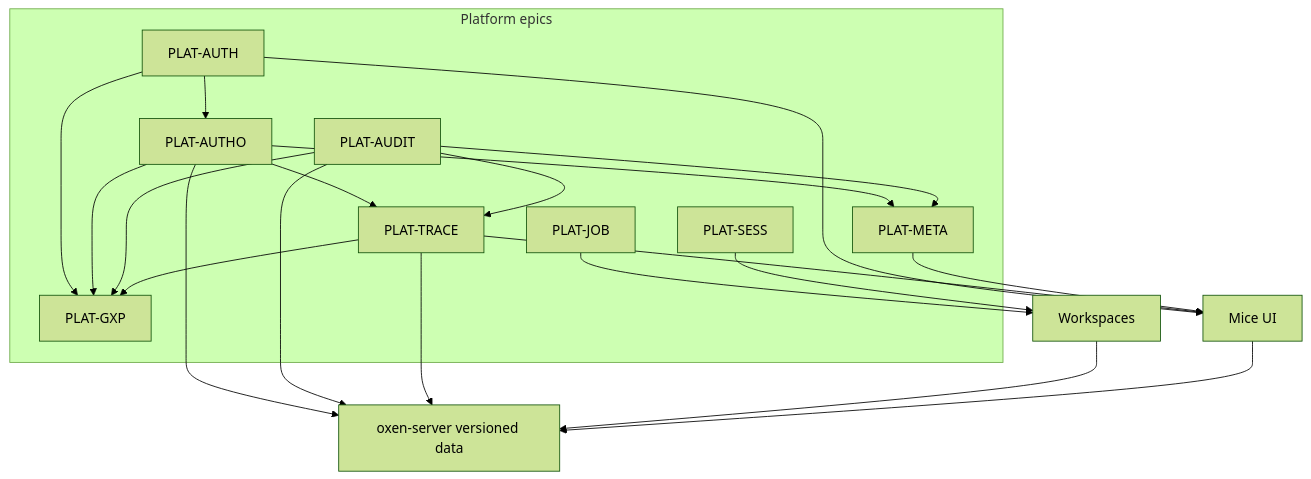
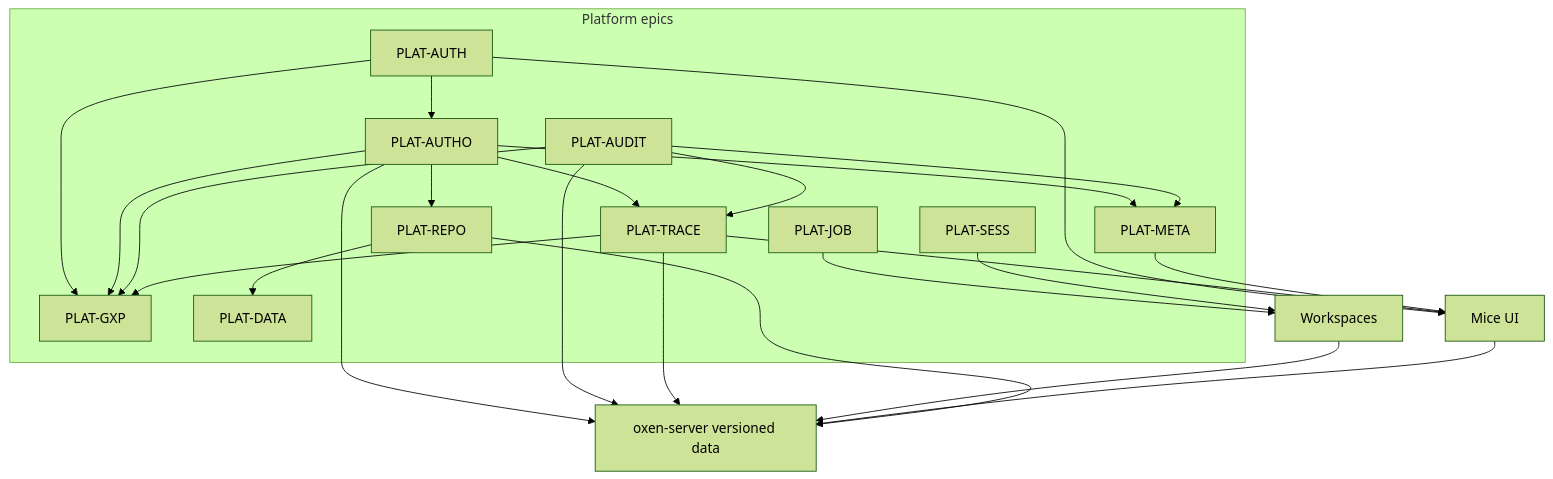
One commit to gnkow/mice changed the diagram in plans/EPICS.md. Above: the diagram before and after it, drawn with Mermaid (forest theme). The commit also changed other lines of this file and 22 other files, not shown here.

````diff
--- a/plans/EPICS.md
+++ b/plans/EPICS.md
@@ -39,35 +47,40 @@
 ```mermaid
 flowchart TB
   subgraph epics [Platform epics]
     IdP[PLAT-AUTH]
     AuthZ[PLAT-AUTHO]
     Audit[PLAT-AUDIT]
     Trace[PLAT-TRACE]
     Gxp[PLAT-GXP]
     Jobs[PLAT-JOB]
     Sess[PLAT-SESS]
     Meta[PLAT-META]
+    Repo[PLAT-REPO]
+    Data[PLAT-DATA]
   end
   Oxen[oxen-server versioned data]
   WS[Workspaces]
   Mice[Mice UI]
   IdP --> AuthZ
   IdP --> Mice
   AuthZ --> Oxen
   Audit --> Oxen
   Trace --> Oxen
   AuthZ --> Trace
   Audit --> Trace
   Trace --> Mice
   IdP --> Gxp
   AuthZ --> Gxp
   Audit --> Gxp
   Trace --> Gxp
   Jobs --> WS
   Sess --> WS
   AuthZ --> Meta
   Audit --> Meta
   Meta --> Mice
   WS --> Oxen
   Mice --> Oxen
+  AuthZ --> Repo
+  Repo --> Data
+  Repo --> Oxen
 ```
````
